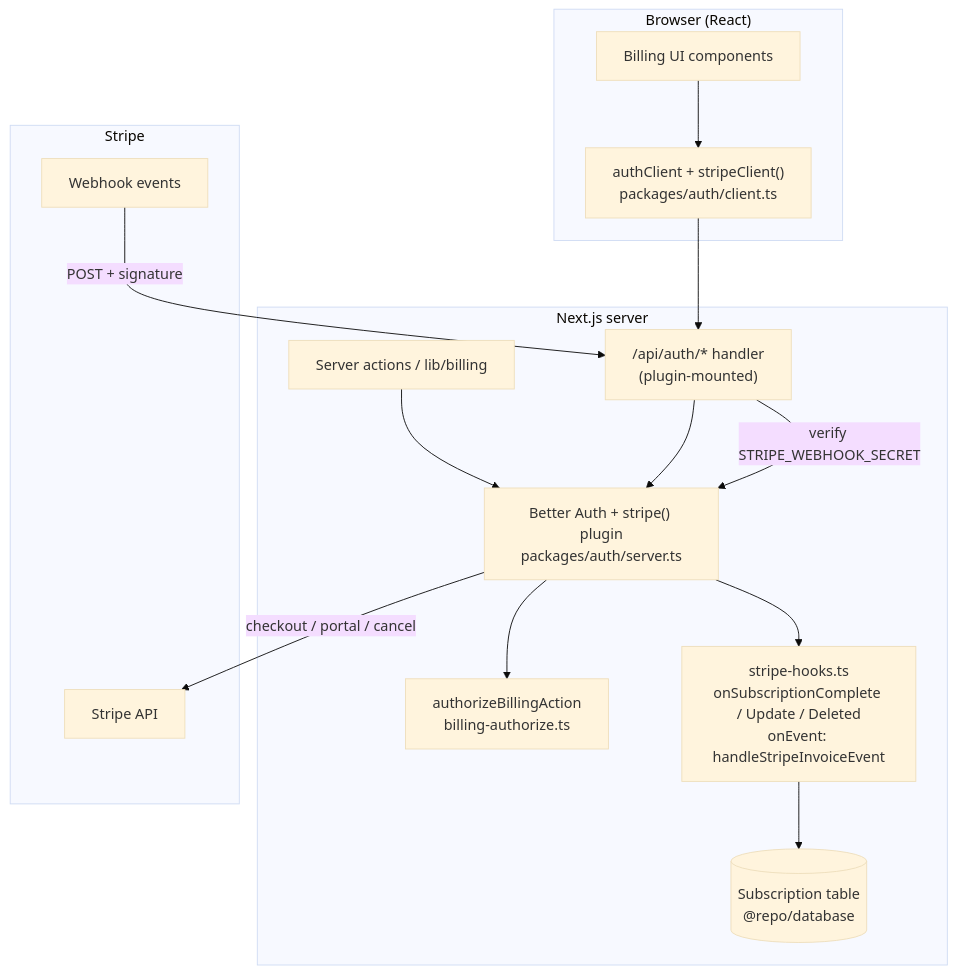
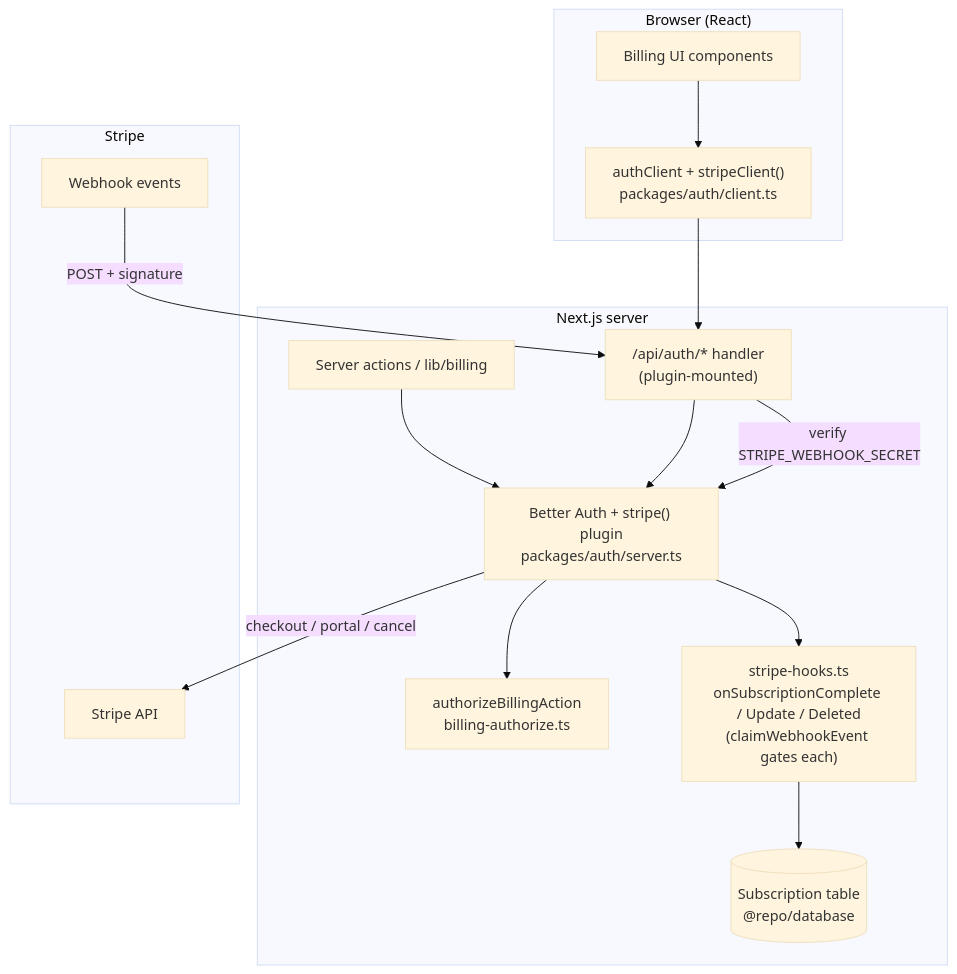
The diagram in apps/docs/content/docs/payment/index.mdx (saasprokit-com/saasprokit), drawn with Mermaid (base theme) before and after one commit. The commit also changed other lines of this file and 19 other files, not shown here.

````diff
--- a/apps/docs/content/docs/payment/index.mdx
+++ b/apps/docs/content/docs/payment/index.mdx
@@ -79,33 +78,33 @@
 ```mermaid
 flowchart TD
     subgraph Client["Browser (React)"]
       UI["Billing UI components"]
       AC["authClient + stripeClient()<br/>packages/auth/client.ts"]
     end
 
     subgraph Server["Next.js server"]
       SA["Server actions / lib/billing"]
       BA["Better Auth + stripe() plugin<br/>packages/auth/server.ts"]
       AUTHZ["authorizeBillingAction<br/>billing-authorize.ts"]
       ROUTE["/api/auth/* handler<br/>(plugin-mounted)"]
-      HOOKS["stripe-hooks.ts<br/>onSubscriptionComplete / Update / Deleted<br/>onEvent: handleStripeInvoiceEvent"]
+      HOOKS["stripe-hooks.ts<br/>onSubscriptionComplete / Update / Deleted<br/>(claimWebhookEvent gates each)"]
       DB[("Subscription table<br/>@repo/database")]
     end
 
     subgraph Stripe["Stripe"]
       API["Stripe API"]
       WH["Webhook events"]
     end
 
     UI --> AC
     AC --> ROUTE
     SA --> BA
     ROUTE --> BA
     BA --> AUTHZ
     BA -->|"checkout / portal / cancel"| API
 
     WH -->|"POST + signature"| ROUTE
     ROUTE -->|"verify STRIPE_WEBHOOK_SECRET"| BA
     BA --> HOOKS
     HOOKS --> DB
 ```
````
